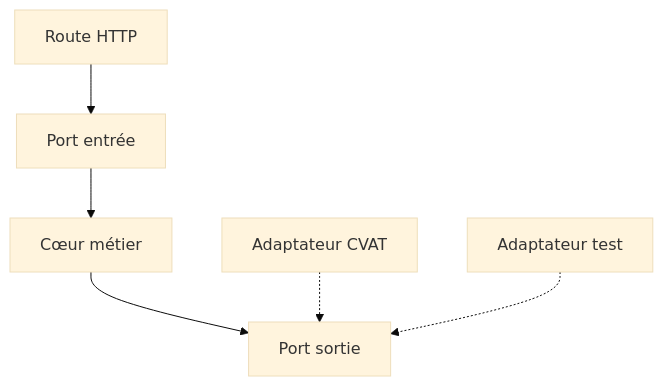
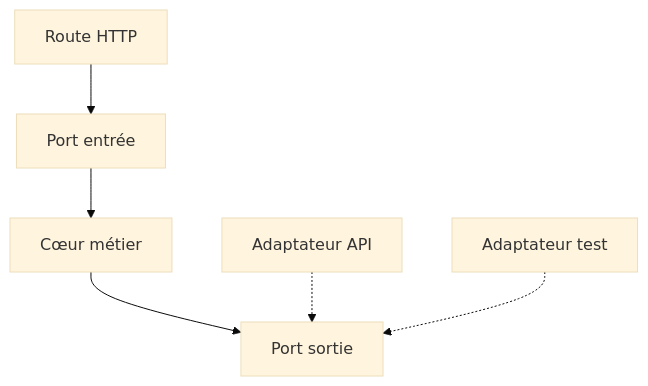
Before and after one commit to galsen-76/Informatique-: the diagram in 03 — Concepts/Architecture hexagonale.md, drawn with Mermaid (base theme). The commit also changed other lines of this file and 503 other files, not shown here.

````diff
--- a/03 — Concepts/Architecture hexagonale.md
+++ b/03 — Concepts/Architecture hexagonale.md
@@ -54,8 +53,8 @@
 ```mermaid
 flowchart TD
 A[Route HTTP] --> P1[Port entrée]
   P1 --> CO[Cœur métier]
   CO --> P2[Port sortie]
-  B[Adaptateur CVAT] -.-> P2
+  B[Adaptateur API] -.-> P2
   T[Adaptateur test] -.-> P2
 ```
````
